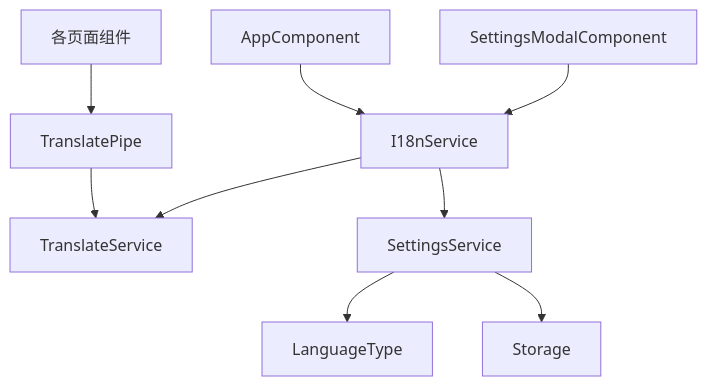
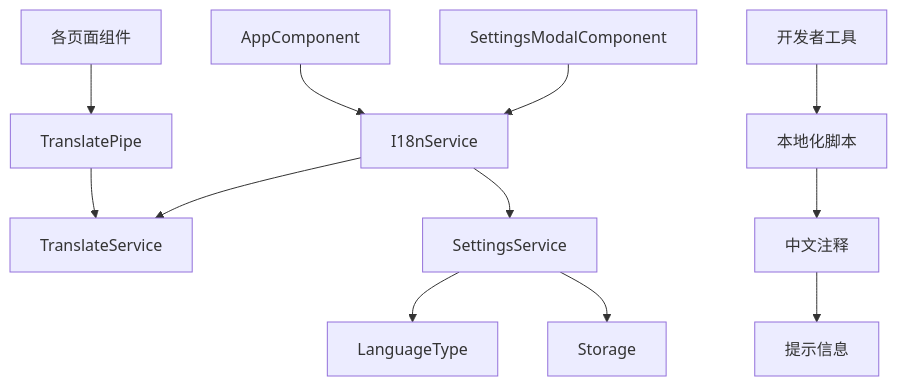
Before and after one commit to tea4go/Macro-Deck-Client-App: the ninth of 9 diagrams in .qoder/repowiki/zh/content/核心功能模块/国际化系统.md, drawn with Mermaid. The commit also changed other lines of this file and 7 other files, not shown here.

````diff
--- a/.qoder/repowiki/zh/content/核心功能模块/国际化系统.md
+++ b/.qoder/repowiki/zh/content/核心功能模块/国际化系统.md
@@ -278,11 +381,14 @@
 ```mermaid
 graph TD
 A[I18nService] --> B[TranslateService]
 A --> C[SettingsService]
 C --> D[LanguageType]
 C --> E[Storage]
 F[SettingsModalComponent] --> A
 G[AppComponent] --> A
 H[各页面组件] --> I[TranslatePipe]
 I --> B
+J[开发者工具] --> K[本地化脚本]
+K --> L[中文注释]
+L --> M[提示信息]
 ```
````
